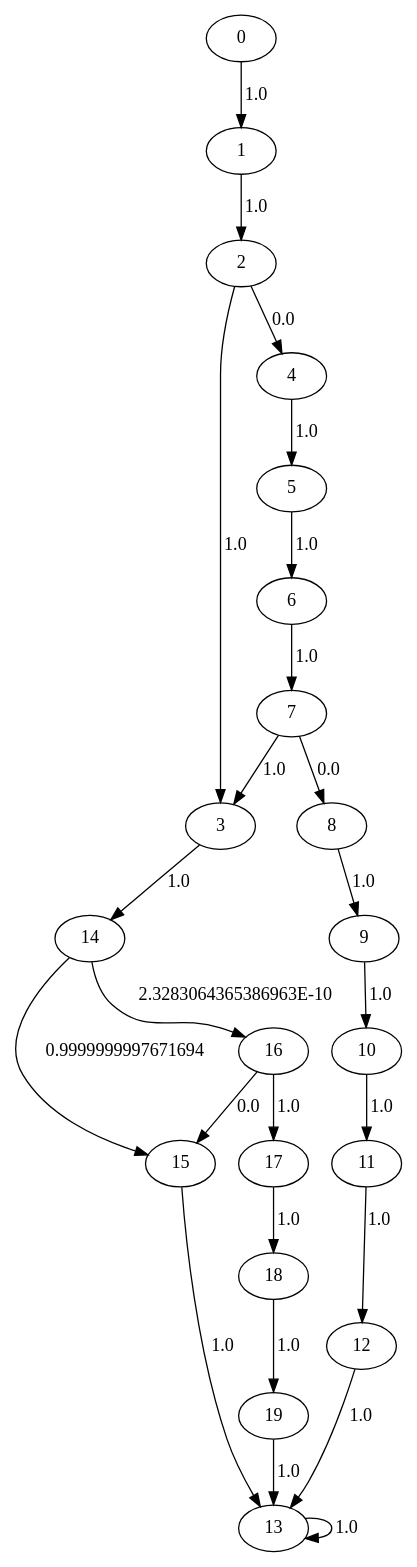
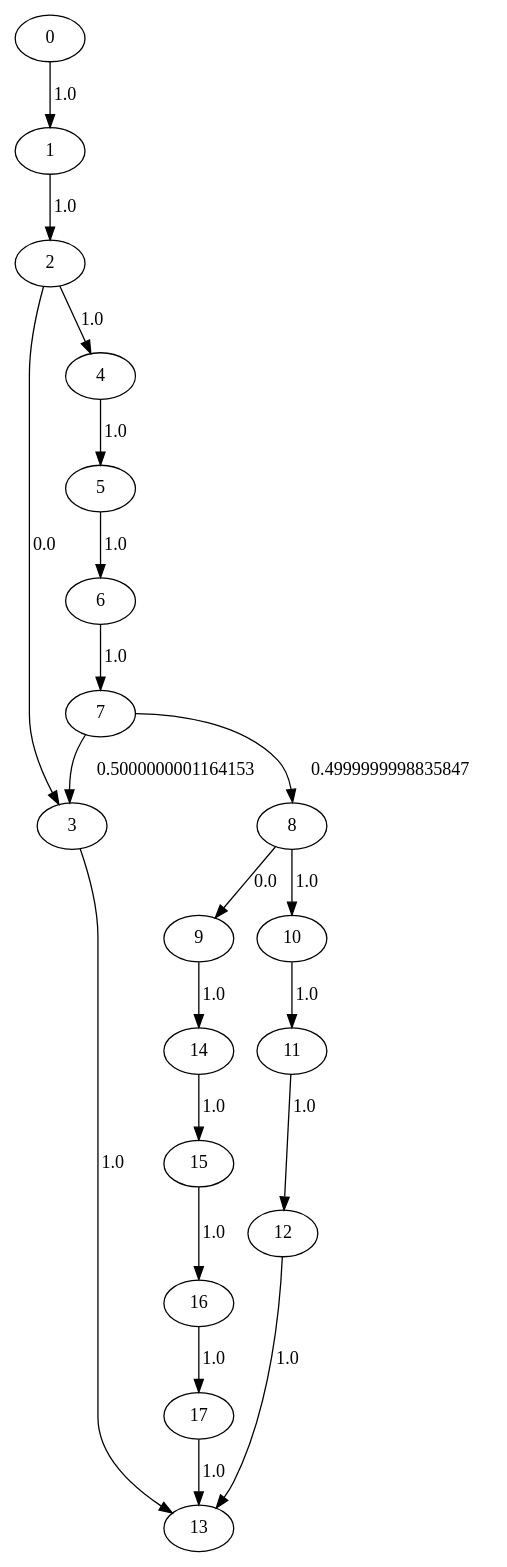
Before and after one commit to seemantasaha/DependencyAnalysis: the diagram in LNode_swapNode.dot, drawn with Graphviz. The commit also changed 18 other files, not shown here.

```diff
--- a/LNode_swapNode.dot
+++ b/LNode_swapNode.dot
@@ -1,26 +1,22 @@
 digraph {
 	11 -> 12[label= "1.0"];
 	12 -> 13[label= "1.0"];
-	13 -> 13[label= "1.0"];
-	14 -> 15[label= "0.9999999997671694"];
-	14 -> 16[label= "2.3283064365386963E-10"];
-	15 -> 13[label= "1.0"];
-	16 -> 15[label= "0.0"];
+	14 -> 15[label= "1.0"];
+	15 -> 16[label= "1.0"];
 	16 -> 17[label= "1.0"];
-	17 -> 18[label= "1.0"];
-	18 -> 19[label= "1.0"];
-	19 -> 13[label= "1.0"];
+	17 -> 13[label= "1.0"];
 	0 -> 1[label= "1.0"];
 	1 -> 2[label= "1.0"];
-	2 -> 3[label= "1.0"];
-	2 -> 4[label= "0.0"];
-	3 -> 14[label= "1.0"];
+	2 -> 3[label= "0.0"];
+	2 -> 4[label= "1.0"];
+	3 -> 13[label= "1.0"];
 	4 -> 5[label= "1.0"];
 	5 -> 6[label= "1.0"];
 	6 -> 7[label= "1.0"];
-	7 -> 3[label= "1.0"];
-	7 -> 8[label= "0.0"];
-	8 -> 9[label= "1.0"];
-	9 -> 10[label= "1.0"];
+	7 -> 3[label= "0.5000000001164153"];
+	7 -> 8[label= "0.4999999998835847"];
+	8 -> 9[label= "0.0"];
+	8 -> 10[label= "1.0"];
+	9 -> 14[label= "1.0"];
 	10 -> 11[label= "1.0"];
 }
```
